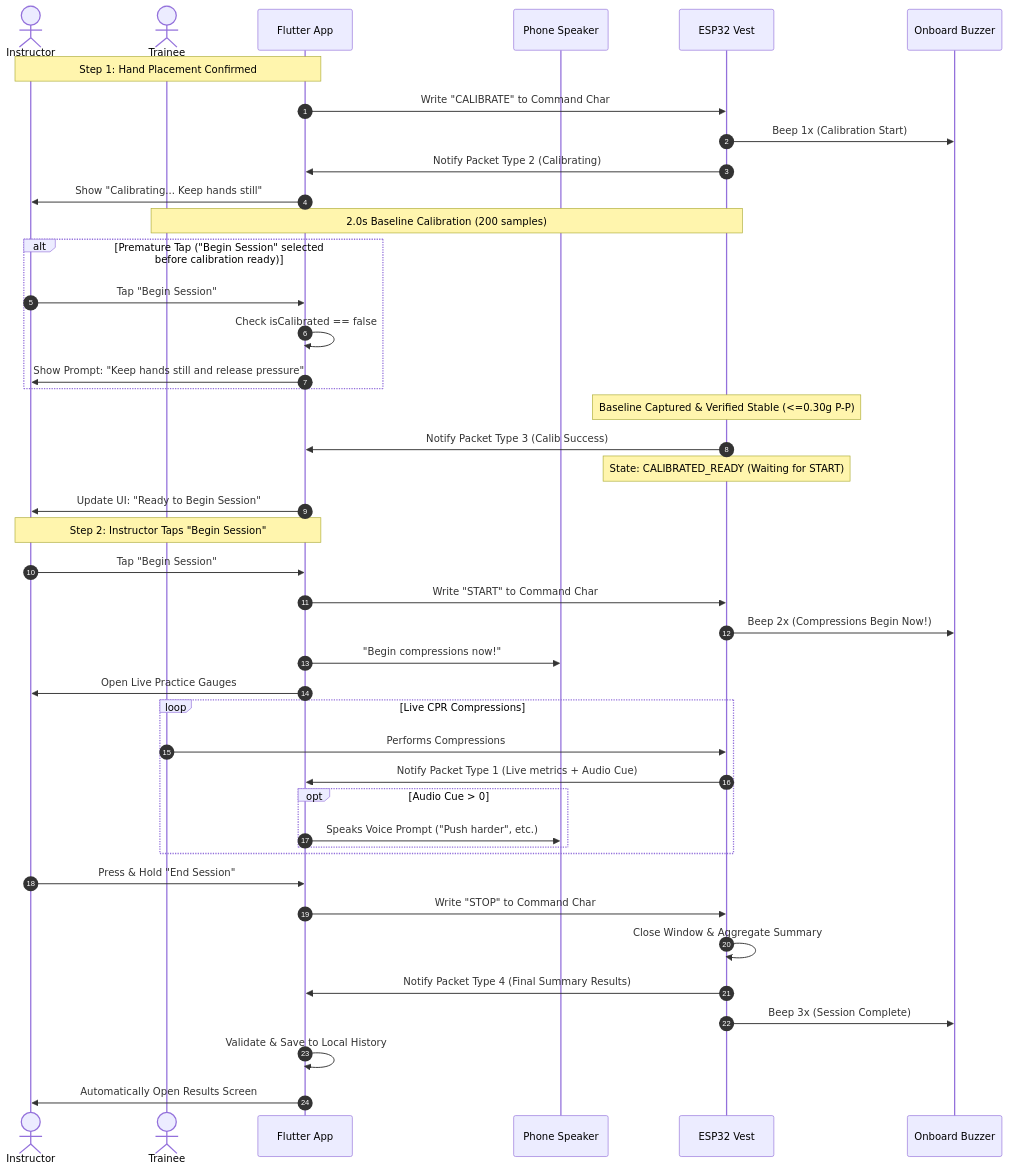
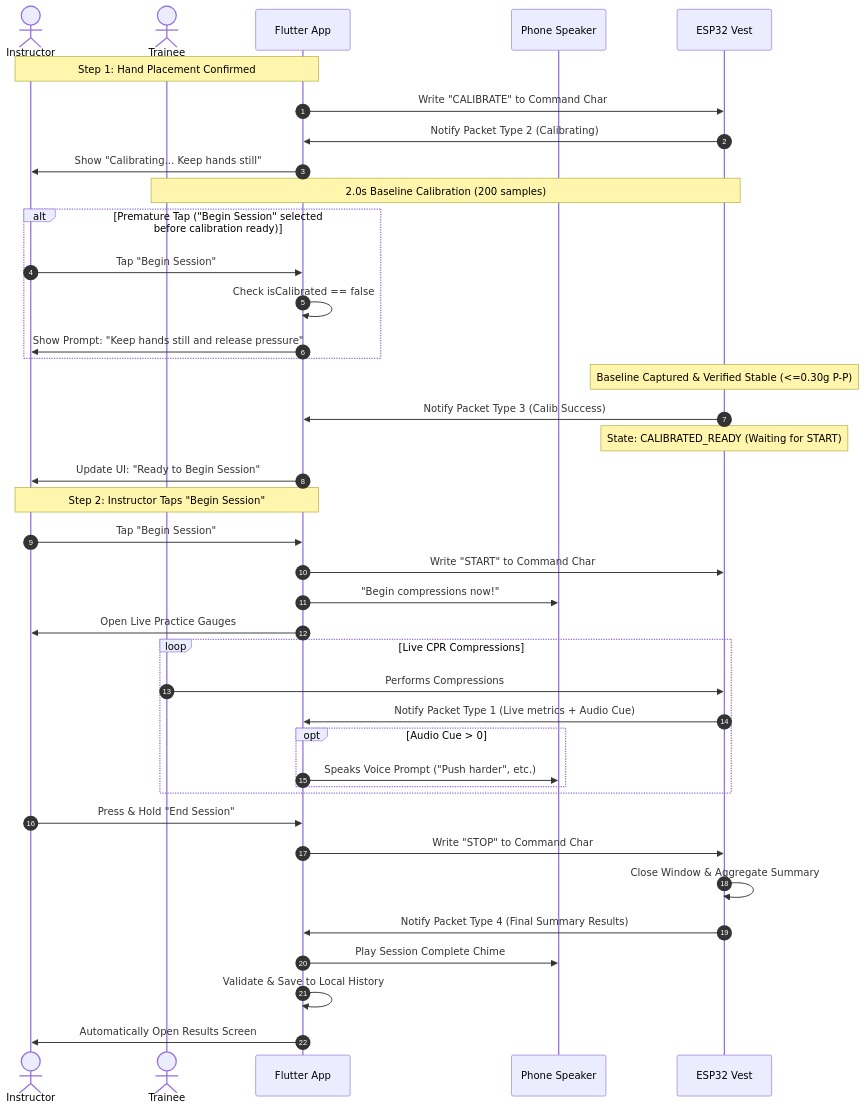
Before and after one commit to Marni3/CPReady: the first of 2 diagrams in CPReady_Program/docs/SOFTWARE_DEVELOPER_GUIDE.md, drawn with Mermaid. The commit also changed other lines of this file and 10 other files, not shown here.

````diff
--- a/CPReady_Program/docs/SOFTWARE_DEVELOPER_GUIDE.md
+++ b/CPReady_Program/docs/SOFTWARE_DEVELOPER_GUIDE.md
@@ -264,51 +262,48 @@
 ```mermaid
 sequenceDiagram
     autonumber
     actor Instructor
     actor Trainee
     participant App as Flutter App
     participant PhoneSPK as Phone Speaker
     participant ESP32 as ESP32 Vest
-    participant Buzzer as Onboard Buzzer
 
     Note over Instructor,App: Step 1: Hand Placement Confirmed
     App->>ESP32: Write "CALIBRATE" to Command Char
-    ESP32->>Buzzer: Beep 1x (Calibration Start)
     ESP32->>App: Notify Packet Type 2 (Calibrating)
     App->>Instructor: Show "Calibrating... Keep hands still"
     Note over Trainee,ESP32: 2.0s Baseline Calibration (200 samples)
 
     alt Premature Tap ("Begin Session" selected before calibration ready)
         Instructor->>App: Tap "Begin Session"
         App->>App: Check isCalibrated == false
         App->>Instructor: Show Prompt: "Keep hands still and release pressure"
     end
 
     Note over ESP32: Baseline Captured & Verified Stable (<=0.30g P-P)
     ESP32->>App: Notify Packet Type 3 (Calib Success)
     Note over ESP32: State: CALIBRATED_READY (Waiting for START)
     App->>Instructor: Update UI: "Ready to Begin Session"
 
     Note over Instructor,App: Step 2: Instructor Taps "Begin Session"
     Instructor->>App: Tap "Begin Session"
     App->>ESP32: Write "START" to Command Char
-    ESP32->>Buzzer: Beep 2x (Compressions Begin Now!)
     App->>PhoneSPK: "Begin compressions now!"
     App->>Instructor: Open Live Practice Gauges
     
     loop Live CPR Compressions
         Trainee->>ESP32: Performs Compressions
         ESP32->>App: Notify Packet Type 1 (Live metrics + Audio Cue)
         opt Audio Cue > 0
             App->>PhoneSPK: Speaks Voice Prompt ("Push harder", etc.)
         end
     end
 
     Instructor->>App: Press & Hold "End Session"
     App->>ESP32: Write "STOP" to Command Char
     ESP32->>ESP32: Close Window & Aggregate Summary
     ESP32->>App: Notify Packet Type 4 (Final Summary Results)
-    ESP32->>Buzzer: Beep 3x (Session Complete)
+    App->>PhoneSPK: Play Session Complete Chime
     App->>App: Validate & Save to Local History
     App->>Instructor: Automatically Open Results Screen
 ```
````
